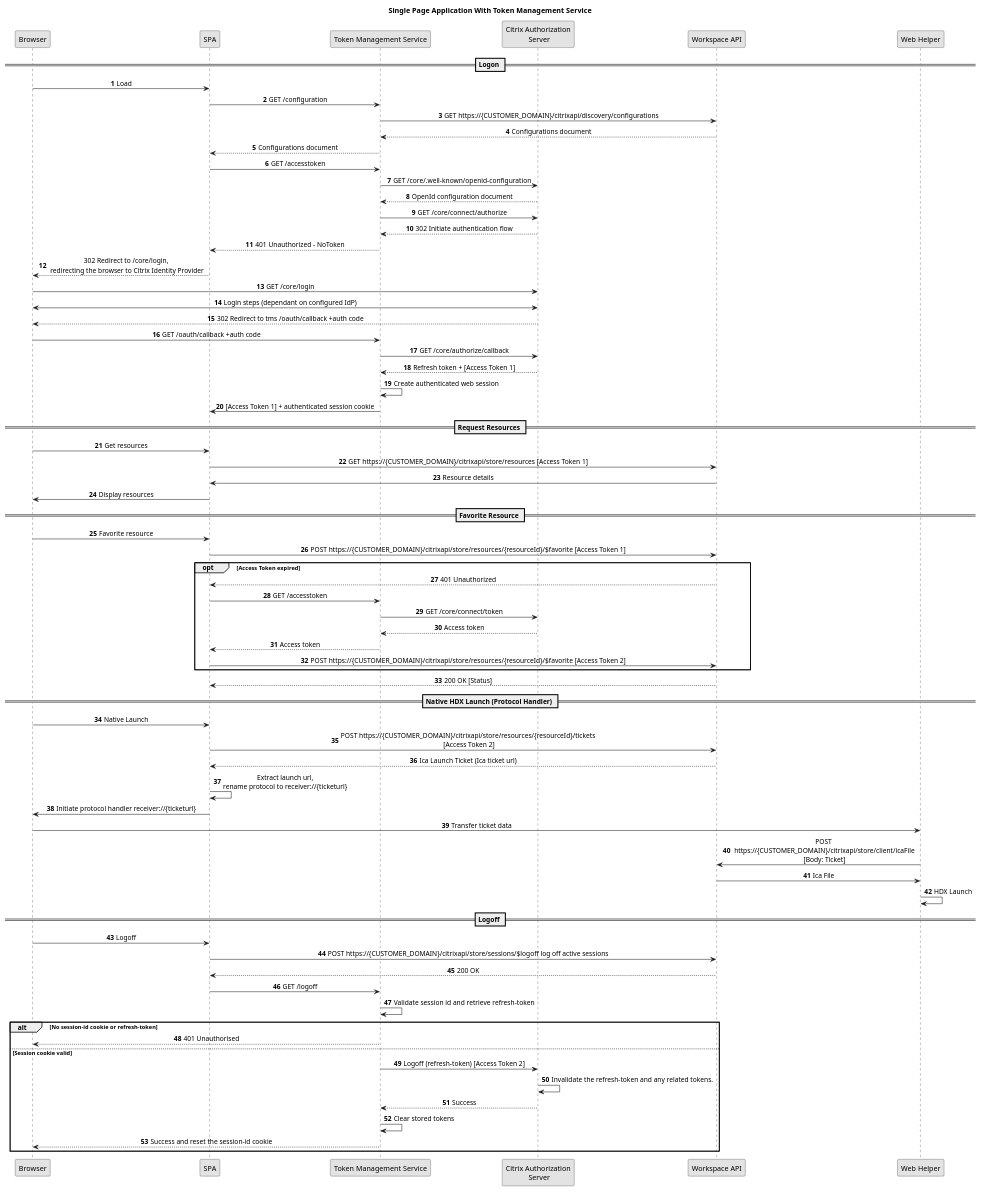
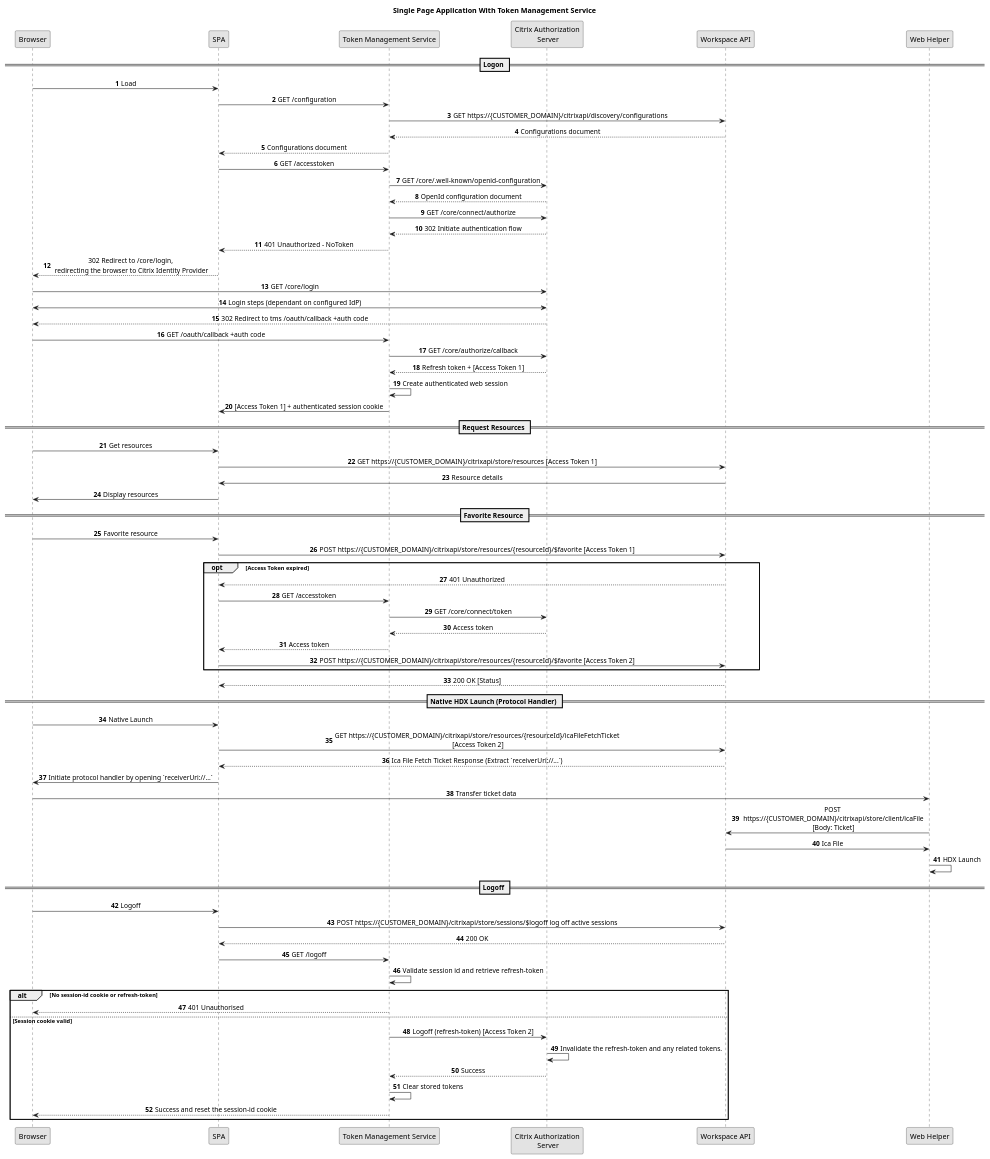
The diagram in sequence/token-management-service.puml (citrix/citrix-unified-workspace-api-spa-example), drawn with PlantUML before and after one commit. The commit also changed 219 other files, not shown here.

```diff
--- a/sequence/token-management-service.puml
+++ b/sequence/token-management-service.puml
@@ -1,82 +1,81 @@
 @startuml "token-management-service"
 
 title Single Page Application With Token Management Service
 skinparam DefaultTextAlignment Center
 skinparam monochrome true
 autonumber
 participant "Browser" as browser 
 participant "SPA" as spa
 participant "Token Management Service" as tms 
 participant "Citrix Authorization\n Server" as athena 
 participant "Workspace API" as wspapi
 participant "Web Helper" as help
 
 == Logon ==
 browser -> spa : Load
 spa -> tms : GET /configuration
 tms -> wspapi : GET https://{CUSTOMER_DOMAIN}/citrixapi/discovery/configurations
 tms <-- wspapi : Configurations document
 spa <-- tms : Configurations document
 spa -> tms : GET /accesstoken
 tms -> athena : GET /core/.well-known/openid-configuration
 tms <-- athena : OpenId configuration document
 tms -> athena : GET /core/connect/authorize
 tms <-- athena : 302 Initiate authentication flow
 tms --> spa : 401 Unauthorized - NoToken
 spa --> browser : 302 Redirect to /core/login,\n redirecting the browser to Citrix Identity Provider
 browser -> athena : GET /core/login
 browser <-> athena : Login steps (dependant on configured IdP)
 athena --> browser : 302 Redirect to tms /oauth/callback +auth code
 browser -> tms : GET /oauth/callback +auth code
 tms -> athena : GET /core/authorize/callback
 tms <-- athena : Refresh token + [Access Token 1]
 tms -> tms : Create authenticated web session
 tms -> spa : [Access Token 1] + authenticated session cookie
 
 == Request Resources ==
 browser -> spa : Get resources
 spa -> wspapi : GET https://{CUSTOMER_DOMAIN}/citrixapi/store/resources [Access Token 1]
 wspapi -> spa : Resource details
 spa -> browser : Display resources
 
 == Favorite Resource ==
 browser -> spa : Favorite resource
 spa -> wspapi : POST https://{CUSTOMER_DOMAIN}/citrixapi/store/resources/{resourceId}/$favorite [Access Token 1]
 opt Access Token expired
 spa <-- wspapi : 401 Unauthorized
 spa -> tms : GET /accesstoken
 tms -> athena : GET /core/connect/token
 athena --> tms : Access token
 tms --> spa : Access token
 spa -> wspapi : POST https://{CUSTOMER_DOMAIN}/citrixapi/store/resources/{resourceId}/$favorite [Access Token 2]
 end opt
 
 wspapi --> spa : 200 OK [Status]
 
 == Native HDX Launch (Protocol Handler) ==
 browser -> spa : Native Launch
-spa -> wspapi : POST https://{CUSTOMER_DOMAIN}/citrixapi/store/resources/{resourceId}/tickets\n [Access Token 2]
-spa <-- wspapi : Ica Launch Ticket (Ica ticket url)
-spa -> spa : Extract launch url,\nrename protocol to receiver://{ticketurl}
-spa -> browser : Initiate protocol handler receiver://{ticketurl}
+spa -> wspapi : GET https://{CUSTOMER_DOMAIN}/citrixapi/store/resources/{resourceId}/icaFileFetchTicket\n [Access Token 2]
+spa <-- wspapi : Ica File Fetch Ticket Response (Extract `receiverUri://...`)
+spa -> browser : Initiate protocol handler by opening `receiverUri://...`
 browser -> help : Transfer ticket data
 help -> wspapi :  POST\n https://{CUSTOMER_DOMAIN}/citrixapi/store/client/icaFile\n [Body: Ticket]
 wspapi -> help : Ica File
 help -> help : HDX Launch
 
 == Logoff ==
 browser -> spa : Logoff
 spa -> wspapi : POST https://{CUSTOMER_DOMAIN}/citrixapi/store/sessions/$logoff log off active sessions
 wspapi --> spa : 200 OK
 spa -> tms : GET /logoff
 tms -> tms : Validate session id and retrieve refresh-token
 alt No session-id cookie or refresh-token
 tms --> browser : 401 Unauthorised
 else Session cookie valid
 tms -> athena : Logoff (refresh-token) [Access Token 2]
 athena -> athena : Invalidate the refresh-token and any related tokens. 
 athena --> tms : Success
 tms -> tms : Clear stored tokens
 tms --> browser : Success and reset the session-id cookie
 end alt
 @enduml
```
